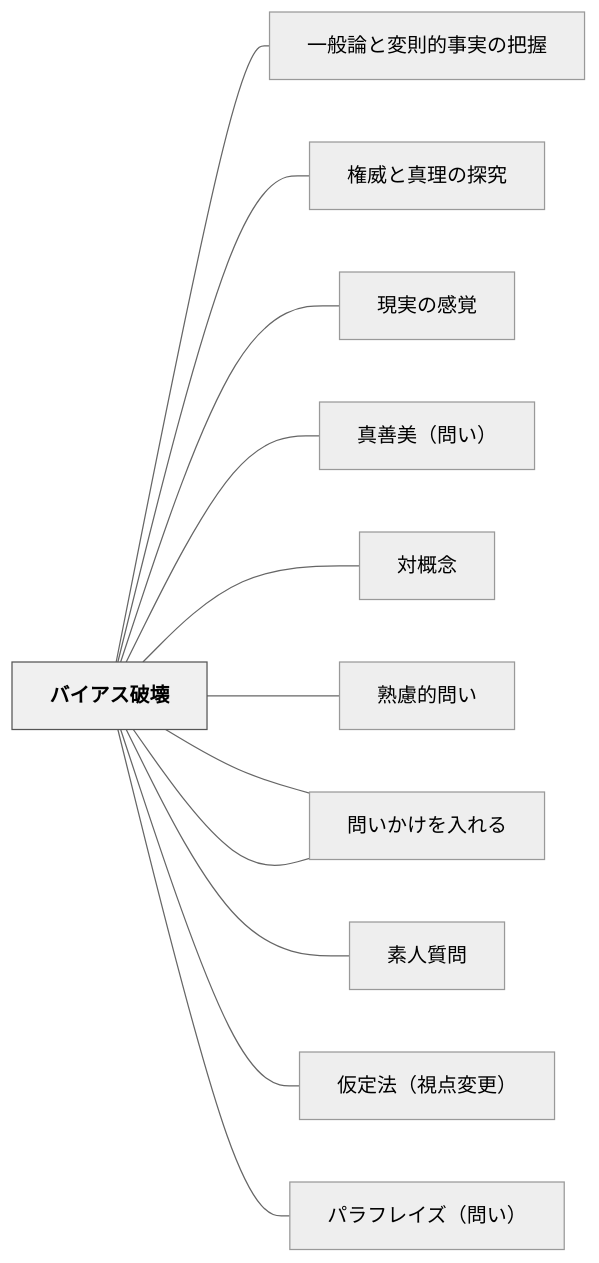
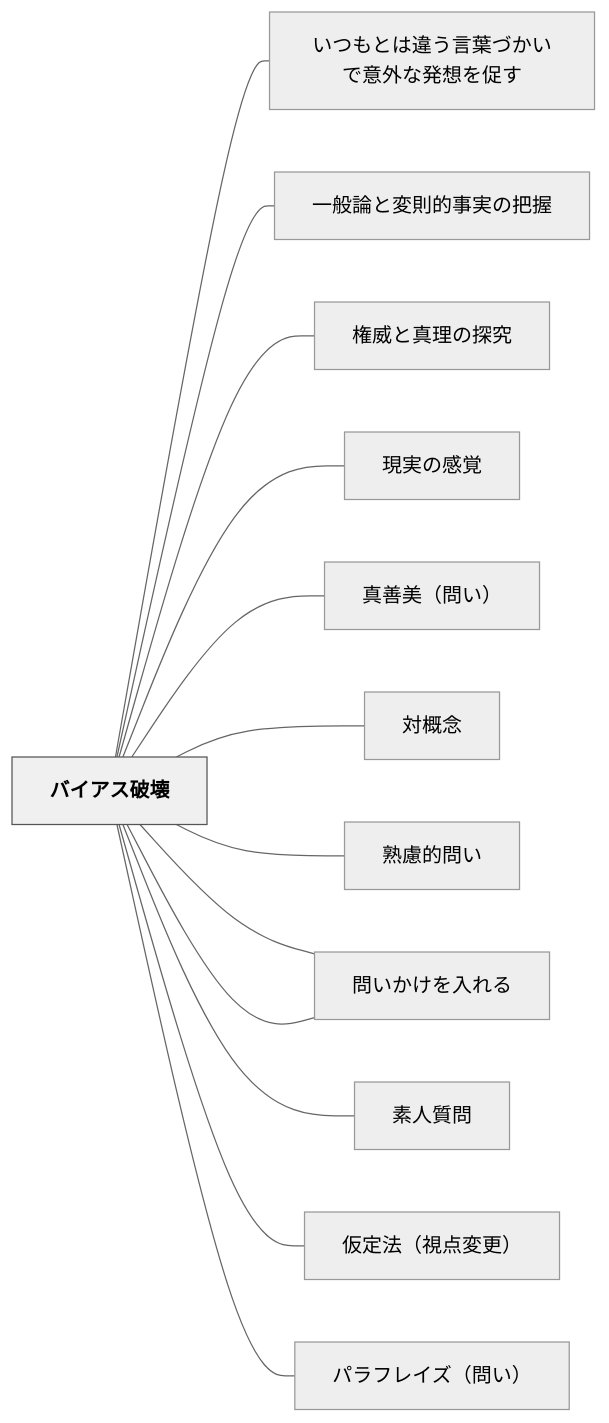
Before and after one commit to unknownthings-ed-patterns/unknownthings-ed-patterns: the diagram in content/パタン/バイアス破壊.md, drawn with Mermaid (neutral theme). The commit also changed other lines of this file and 47 other files, not shown here.

````diff
--- a/content/パタン/バイアス破壊.md
+++ b/content/パタン/バイアス破壊.md
@@ -76,30 +77,32 @@
 ```mermaid
 flowchart LR
     ne38390e382a4["バイアス破壊"]
+    ne38184e381a4["いつもとは違う言葉づかいで意外な発想を促す"]
     ne4b880e888ac["一般論と変則的事実の把握"]
     ne6a8a9e5a881["権威と真理の探究"]
     ne78fbee5ae9f["現実の感覚"]
     ne79c9fe59684["真善美（問い）"]
     ne5afbee6a682["対概念"]
     ne7869fe685ae["熟慮的問い"]
     ne5958fe38184["問いかけの見立て"]
     ne5958fe38184["問いかけを入れる"]
     ne7b4a0e4baba["素人質問"]
     ne4bbaee5ae9a["仮定法（視点変更）"]
     ne38391e383a9["パラフレイズ（問い）"]
 
+    ne38390e382a4 --- ne38184e381a4
     ne38390e382a4 --- ne4b880e888ac
     ne38390e382a4 --- ne6a8a9e5a881
     ne38390e382a4 --- ne78fbee5ae9f
     ne38390e382a4 --- ne79c9fe59684
     ne38390e382a4 --- ne5afbee6a682
     ne38390e382a4 --- ne7869fe685ae
     ne38390e382a4 --- ne5958fe38184
     ne38390e382a4 --- ne5958fe38184
     ne38390e382a4 --- ne7b4a0e4baba
     ne38390e382a4 --- ne4bbaee5ae9a
     ne38390e382a4 --- ne38391e383a9
 
     classDef hub fill:#f0f0f0,stroke:#555,color:#000,font-weight:bold
     class ne38390e382a4 hub
 ```
````
